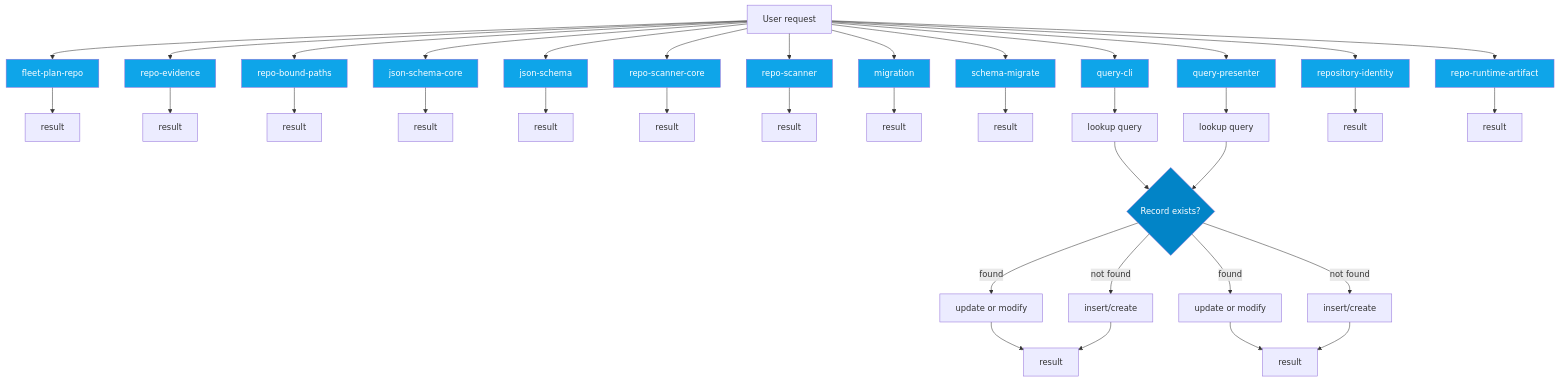
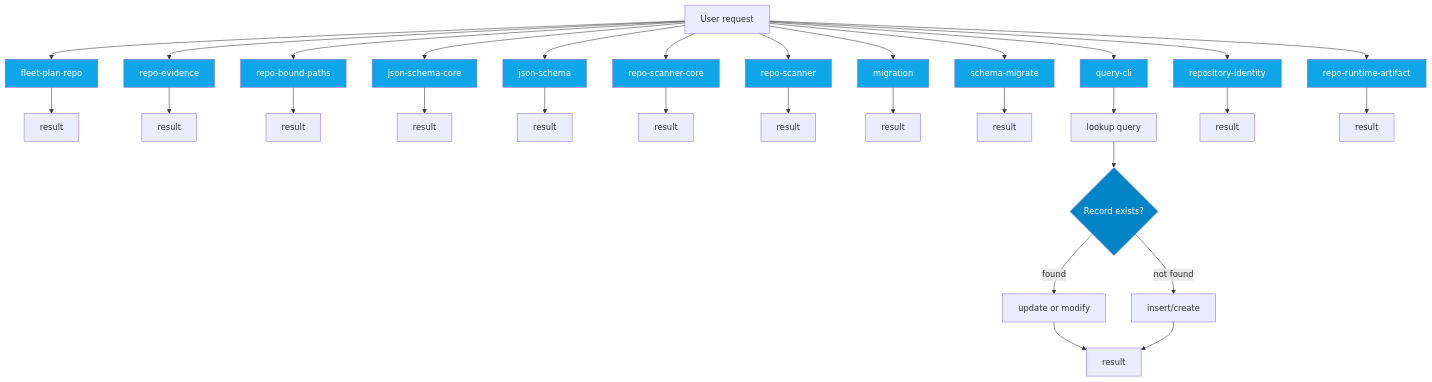
The sixth of 14 diagrams in AI/context/diagram-context.md (jscraik/coding-harness), drawn with Mermaid before and after one commit. The commit also changed other lines of this file and 19 other files, not shown here.

````diff
--- a/AI/context/diagram-context.md
+++ b/AI/context/diagram-context.md
@@ -545,59 +466,51 @@
 ```mermaid
 flowchart TD
   UserRequest["User request"]
   Decision{Record exists?}
   fleet_plan_repo_ecdc6499["fleet-plan-repo"]
   UserRequest --> fleet_plan_repo_ecdc6499
   fleet_plan_repo_ecdc6499 --> fleet_plan_repo_ecdc6499_result["result"]
   repo_evidence_38bb1de5["repo-evidence"]
   UserRequest --> repo_evidence_38bb1de5
   repo_evidence_38bb1de5 --> repo_evidence_38bb1de5_result["result"]
   repo_bound_paths_e218b5b3["repo-bound-paths"]
   UserRequest --> repo_bound_paths_e218b5b3
   repo_bound_paths_e218b5b3 --> repo_bound_paths_e218b5b3_result["result"]
   json_schema_core_96d7e328["json-schema-core"]
   UserRequest --> json_schema_core_96d7e328
   json_schema_core_96d7e328 --> json_schema_core_96d7e328_result["result"]
   json_schema_74a768d7["json-schema"]
   UserRequest --> json_schema_74a768d7
   json_schema_74a768d7 --> json_schema_74a768d7_result["result"]
   repo_scanner_core_8e9f7646["repo-scanner-core"]
   UserRequest --> repo_scanner_core_8e9f7646
   repo_scanner_core_8e9f7646 --> repo_scanner_core_8e9f7646_result["result"]
   repo_scanner_a8b2579e["repo-scanner"]
   UserRequest --> repo_scanner_a8b2579e
   repo_scanner_a8b2579e --> repo_scanner_a8b2579e_result["result"]
   migration_8a6cead4["migration"]
   UserRequest --> migration_8a6cead4
   migration_8a6cead4 --> migration_8a6cead4_result["result"]
   schema_migrate_c0646635["schema-migrate"]
   UserRequest --> schema_migrate_c0646635
   schema_migrate_c0646635 --> schema_migrate_c0646635_result["result"]
   query_cli_b95be64d["query-cli"]
   UserRequest --> query_cli_b95be64d
   query_cli_b95be64d --> query_cli_b95be64d_lookup["lookup query"]
   query_cli_b95be64d_lookup --> Decision
   Decision -->|found| query_cli_b95be64d_update["update or modify"]
   Decision -->|not found| query_cli_b95be64d_create["insert/create"]
   query_cli_b95be64d_update --> query_cli_b95be64d_result["result"]
   query_cli_b95be64d_create --> query_cli_b95be64d_result["result"]
-  query_presenter_02e6077c["query-presenter"]
-  UserRequest --> query_presenter_02e6077c
-  query_presenter_02e6077c --> query_presenter_02e6077c_lookup["lookup query"]
-  query_presenter_02e6077c_lookup --> Decision
-  Decision -->|found| query_presenter_02e6077c_update["update or modify"]
-  Decision -->|not found| query_presenter_02e6077c_create["insert/create"]
-  query_presenter_02e6077c_update --> query_presenter_02e6077c_result["result"]
-  query_presenter_02e6077c_create --> query_presenter_02e6077c_result["result"]
   repository_identity_9dc13d37["repository-identity"]
   UserRequest --> repository_identity_9dc13d37
   repository_identity_9dc13d37 --> repository_identity_9dc13d37_result["result"]
   repo_runtime_artifact_139c0fbd["repo-runtime-artifact"]
   UserRequest --> repo_runtime_artifact_139c0fbd
   repo_runtime_artifact_139c0fbd --> repo_runtime_artifact_139c0fbd_result["result"]
   classDef dbNode fill:#0ea5e9,color:#fff
-  class fleet_plan_repo_ecdc6499,repo_evidence_38bb1de5,repo_bound_paths_e218b5b3,json_schema_core_96d7e328,json_schema_74a768d7,repo_scanner_core_8e9f7646,repo_scanner_a8b2579e,migration_8a6cead4,schema_migrate_c0646635,query_cli_b95be64d,query_presenter_02e6077c,repository_identity_9dc13d37,repo_runtime_artifact_139c0fbd dbNode
+  class fleet_plan_repo_ecdc6499,repo_evidence_38bb1de5,repo_bound_paths_e218b5b3,json_schema_core_96d7e328,json_schema_74a768d7,repo_scanner_core_8e9f7646,repo_scanner_a8b2579e,migration_8a6cead4,schema_migrate_c0646635,query_cli_b95be64d,repository_identity_9dc13d37,repo_runtime_artifact_139c0fbd dbNode
   classDef decisionNode fill:#0284c7,color:#fff
   class Decision decisionNode
 
 ```
````
